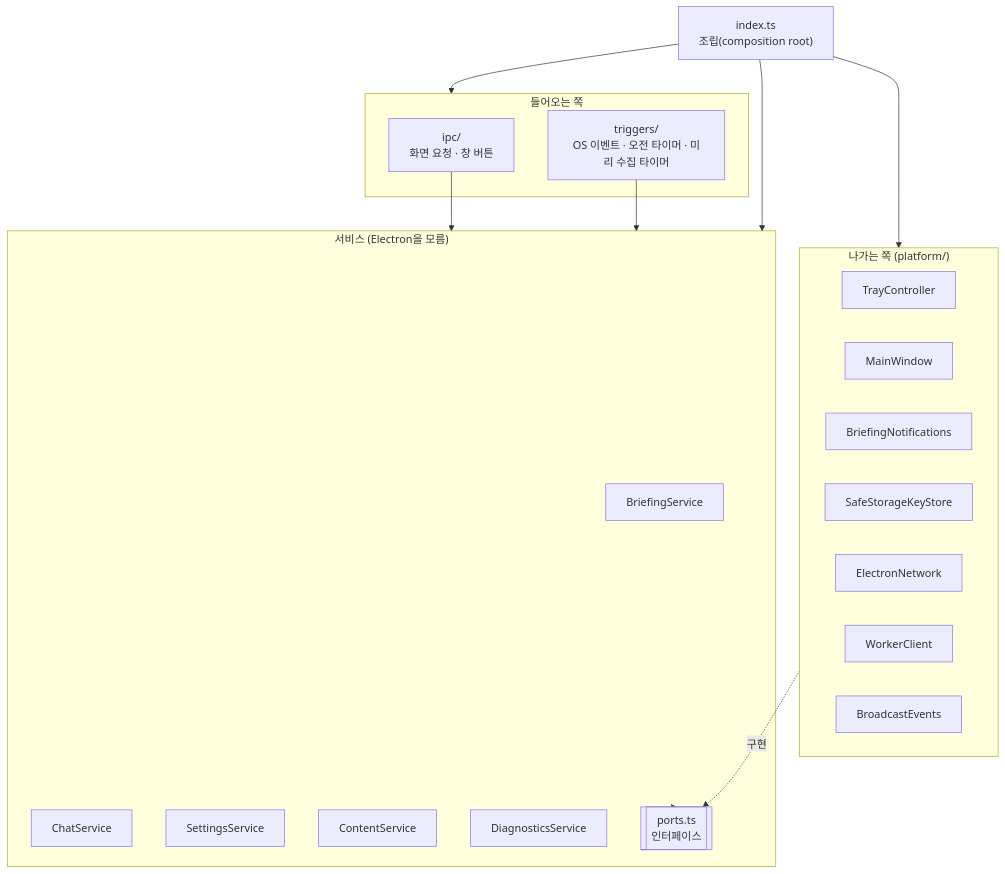
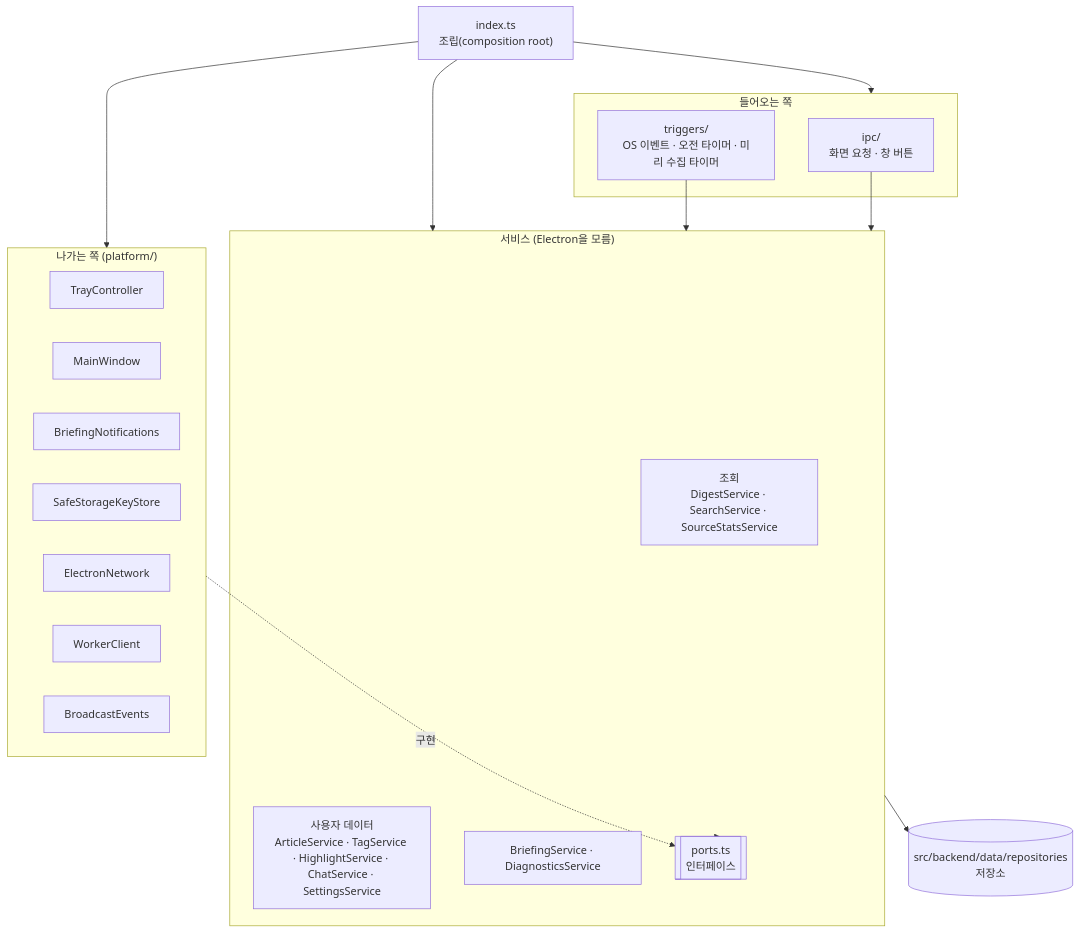
One commit to EPIGEXE/jogan-news changed the third of 13 diagrams in docs/README.md. Above: the diagram before and after it, drawn with Mermaid. The commit also changed other lines of this file and 102 other files, not shown here.

````diff
--- a/docs/README.md
+++ b/docs/README.md
@@ -137,29 +160,29 @@
 ```mermaid
 flowchart TB
   subgraph IN["들어오는 쪽"]
     ipc["ipc/<br/>화면 요청 · 창 버튼"]
     trg["triggers/<br/>OS 이벤트 · 오전 타이머 · 미리 수집 타이머"]
   end
   subgraph S["서비스 (Electron을 모름)"]
-    bs[BriefingService]
-    chs[ChatService]
-    ss[SettingsService]
-    cs[ContentService]
-    ds[DiagnosticsService]
+    q[조회<br/>DigestService · SearchService · SourceStatsService]
+    ud[사용자 데이터<br/>ArticleService · TagService · HighlightService · ChatService · SettingsService]
+    bs[BriefingService · DiagnosticsService]
     ports[[ports.ts<br/>인터페이스]]
   end
+  repo[("src/backend/data/repositories<br/>저장소")]
   subgraph OUT["나가는 쪽 (platform/)"]
     tray[TrayController]
     win[MainWindow]
     noti[BriefingNotifications]
     keys[SafeStorageKeyStore]
     net[ElectronNetwork]
     wc[WorkerClient]
     ev[BroadcastEvents]
   end
   ipc --> S
   trg --> S
   S --> ports
+  S --> repo
   OUT -. 구현 .-> ports
   root["index.ts<br/>조립(composition root)"] --> IN & S & OUT
 ```
````
